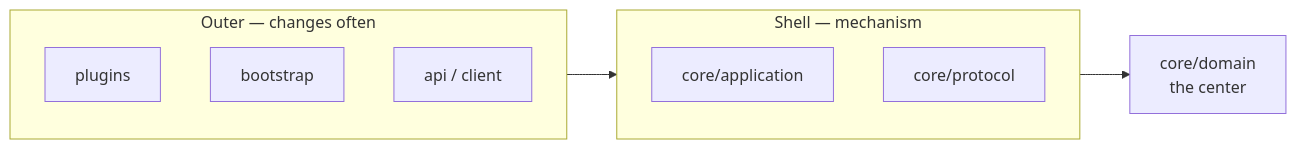
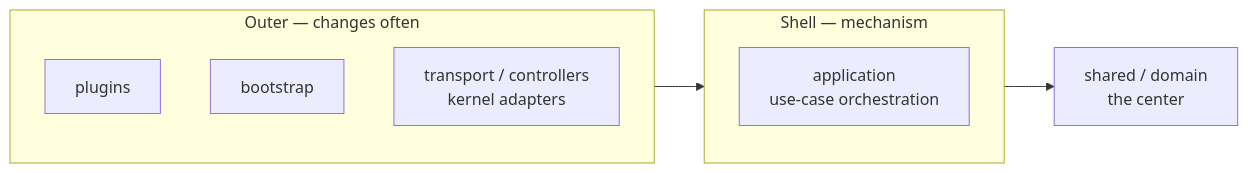
The third of 5 diagrams in README.md (GOODDAYDAY/my-harness-desktop), drawn with Mermaid before and after one commit. The commit also changed other lines of this file and 1 other file, not shown here.

````diff
--- a/README.md
+++ b/README.md
@@ -206,14 +221,13 @@
 ```mermaid
 flowchart LR
     subgraph outer[Outer — changes often]
         P[plugins]
         B[bootstrap]
-        C[api / client]
+        C[transport / controllers<br/>kernel adapters]
     end
     subgraph mid[Shell — mechanism]
-        A[core/application]
-        R[core/protocol]
+        A[application<br/>use-case orchestration]
     end
-    D[core/domain<br/>the center]
+    D[shared / domain<br/>the center]
     outer --> mid --> D
 ```
````
